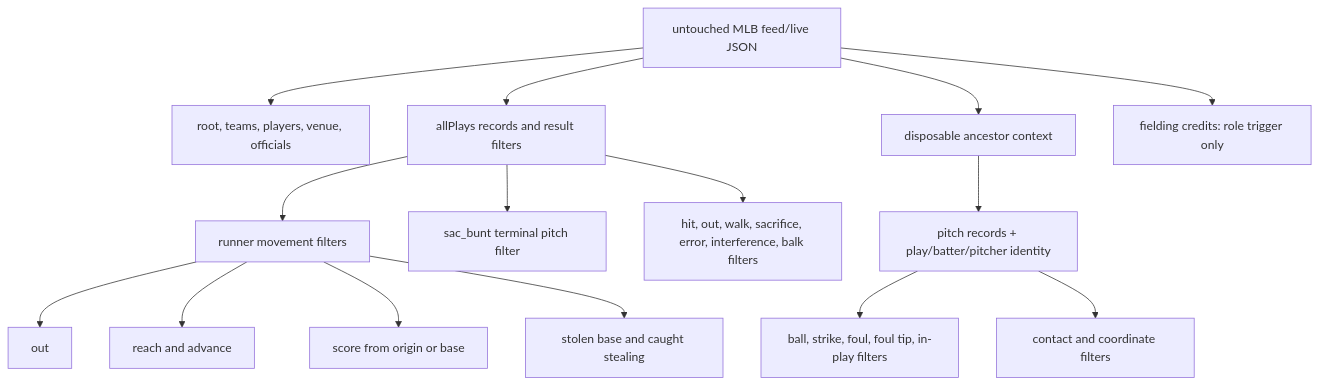
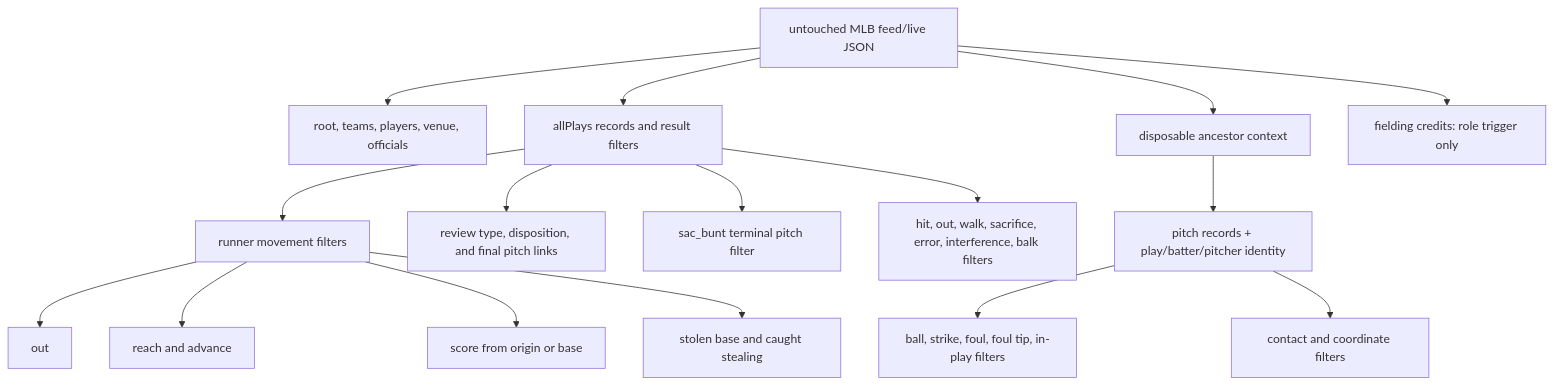
The diagram in Baseball/mermaid/02-logical-sources.md (CarterBeauBenson/BaseballO), drawn with Mermaid before and after one commit. The commit also changed other lines of this file and 128 other files, not shown here.

````diff
--- a/Baseball/mermaid/02-logical-sources.md
+++ b/Baseball/mermaid/02-logical-sources.md
@@ -3,17 +3,18 @@
 ```mermaid
 flowchart TD
     RAW["untouched MLB feed/live JSON"] --> ROOT["root, teams, players, venue, officials"]
     RAW --> PLAY["allPlays records and result filters"]
     RAW --> CTX["disposable ancestor context"]
     CTX --> PITCH["pitch records + play/batter/pitcher identity"]
     PITCH --> CALL["ball, strike, foul, foul tip, in-play filters"]
     PITCH --> PHYSICAL["contact and coordinate filters"]
+    PLAY --> REVIEW["review type, disposition, and final pitch links"]
     PLAY --> BUNT["sac_bunt terminal pitch filter"]
     PLAY --> RESULT["hit, out, walk, sacrifice, error, interference, balk filters"]
     PLAY --> RUNNER["runner movement filters"]
     RUNNER --> OUT["out"]
     RUNNER --> SAFE["reach and advance"]
     RUNNER --> RUN["score from origin or base"]
     RUNNER --> STEAL["stolen base and caught stealing"]
     RAW --> FIELDING["fielding credits: role trigger only"]
 ```
````
